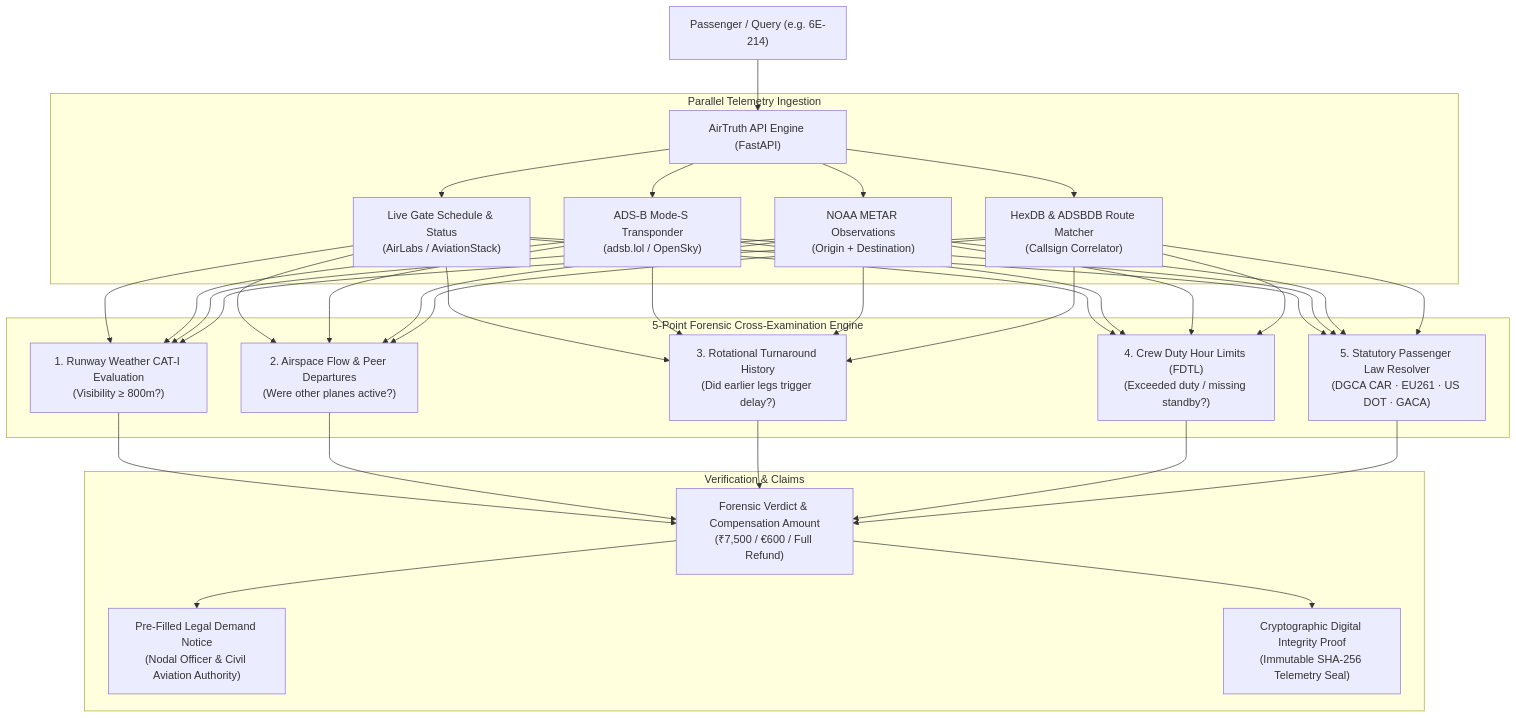
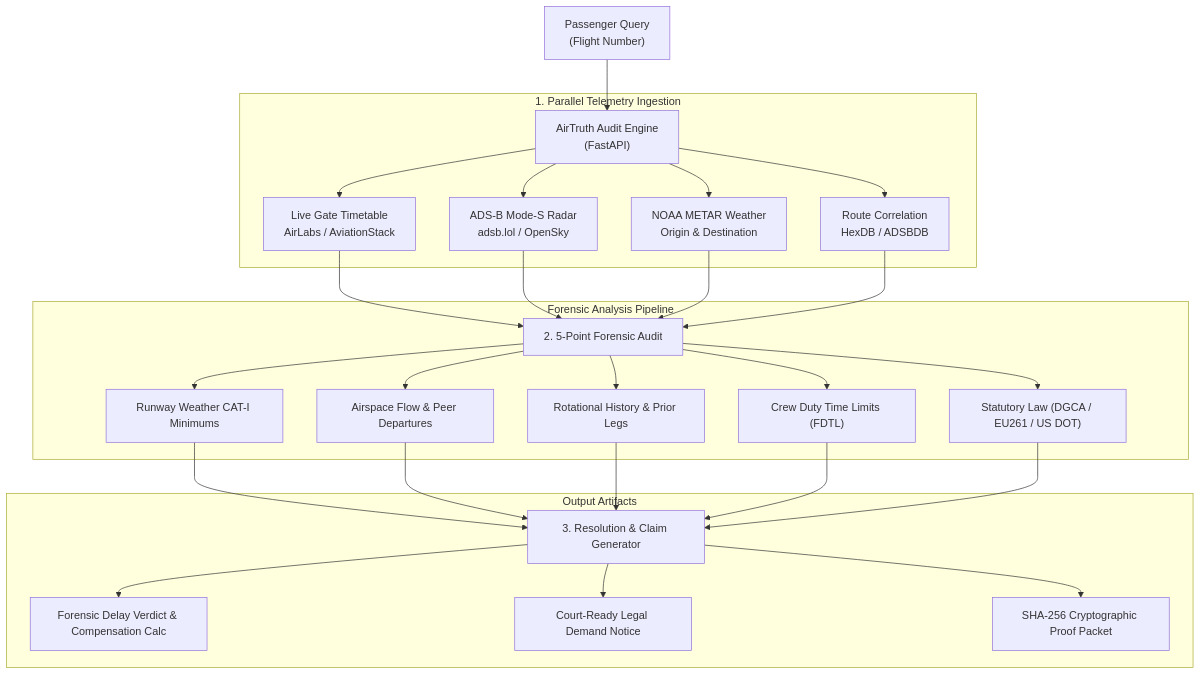
Before and after one commit to isitanand/airtruth: the diagram in README.md, drawn with Mermaid.

Commit message:
Fix Mermaid diagram syntax for GitHub renderer compatibility

````diff
--- a/README.md
+++ b/README.md
@@ -48,25 +48,36 @@
 ```mermaid
 flowchart TD
-    User["Passenger / Query (e.g. 6E-214)"] --> Router["AirTruth API Engine (FastAPI)"]
-    
-    subgraph Data_Ingestion["Parallel Telemetry Ingestion"]
-        Router --> Sched["Live Gate Schedule & Status\n(AirLabs / AviationStack)"]
-        Router --> ADSB["ADS-B Mode-S Transponder\n(adsb.lol / OpenSky)"]
-        Router --> METAR["NOAA METAR Observations\n(Origin + Destination)"]
-        Router --> RouteDB["HexDB & ADSBDB Route Matcher\n(Callsign Correlator)"]
+    User["Passenger Query<br/>(Flight Number)"] --> Engine["AirTruth Audit Engine<br/>(FastAPI)"]
+
+    subgraph Ingestion["1. Parallel Telemetry Ingestion"]
+        Engine --> Sched["Live Gate Timetable<br/>AirLabs / AviationStack"]
+        Engine --> ADSB["ADS-B Mode-S Radar<br/>adsb.lol / OpenSky"]
+        Engine --> METAR["NOAA METAR Weather<br/>Origin & Destination"]
+        Engine --> RouteDB["Route Correlation<br/>HexDB / ADSBDB"]
     end
 
-    subgraph Forensic_Audit["5-Point Forensic Cross-Examination Engine"]
-        Sched & ADSB & METAR & RouteDB --> Check1["1. Runway Weather CAT-I Evaluation\n(Visibility ≥ 800m?)"]
-        Sched & ADSB & METAR & RouteDB --> Check2["2. Airspace Flow & Peer Departures\n(Were other planes active?)"]
-        Sched & ADSB & METAR & RouteDB --> Check3["3. Rotational Turnaround History\n(Did earlier legs trigger delay?)"]
-        Sched & ADSB & METAR & RouteDB --> Check4["4. Crew Duty Hour Limits (FDTL)\n(Exceeded duty / missing standby?)"]
-        Sched & ADSB & METAR & RouteDB --> Check5["5. Statutory Passenger Law Resolver\n(DGCA CAR · EU261 · US DOT · GACA)"]
+    Sched --> Core["2. 5-Point Forensic Audit"]
+    ADSB --> Core
+    METAR --> Core
+    RouteDB --> Core
+
+    subgraph Pipeline["Forensic Analysis Pipeline"]
+        Core --> P1["Runway Weather CAT-I Minimums"]
+        Core --> P2["Airspace Flow & Peer Departures"]
+        Core --> P3["Rotational History & Prior Legs"]
+        Core --> P4["Crew Duty Time Limits (FDTL)"]
+        Core --> P5["Statutory Law (DGCA / EU261 / US DOT)"]
     end
 
-    subgraph Verdict_Output["Verification & Claims"]
-        Check1 & Check2 & Check3 & Check4 & Check5 --> Verdict["Forensic Verdict & Compensation Amount\n(₹7,500 / €600 / Full Refund)"]
-        Verdict --> Notice["Pre-Filled Legal Demand Notice\n(Nodal Officer & Civil Aviation Authority)"]
-        Verdict --> Proof["Cryptographic Digital Integrity Proof\n(Immutable SHA-256 Telemetry Seal)"]
+    P1 --> Resolution["3. Resolution & Claim Generator"]
+    P2 --> Resolution
+    P3 --> Resolution
+    P4 --> Resolution
+    P5 --> Resolution
+
+    subgraph Outputs["Output Artifacts"]
+        Resolution --> V1["Forensic Delay Verdict & Compensation Calc"]
+        Resolution --> V2["Court-Ready Legal Demand Notice"]
+        Resolution --> V3["SHA-256 Cryptographic Proof Packet"]
     end
 ```
````
